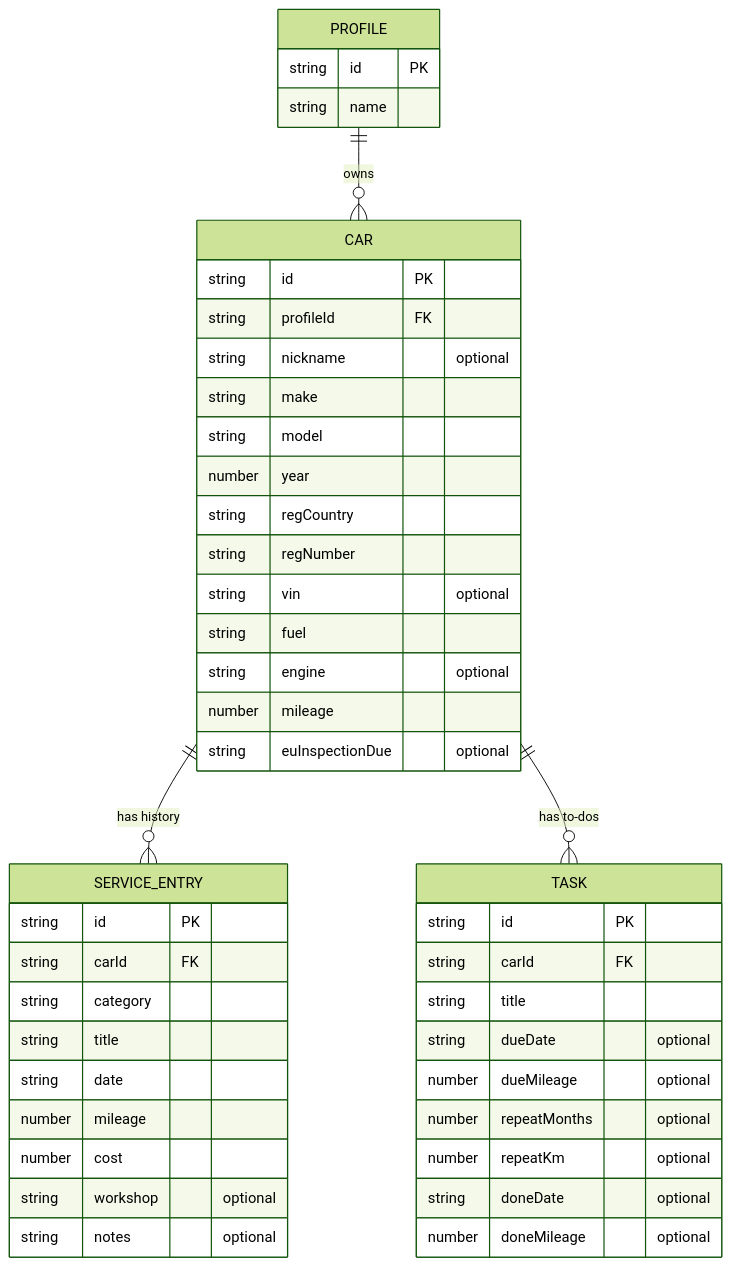
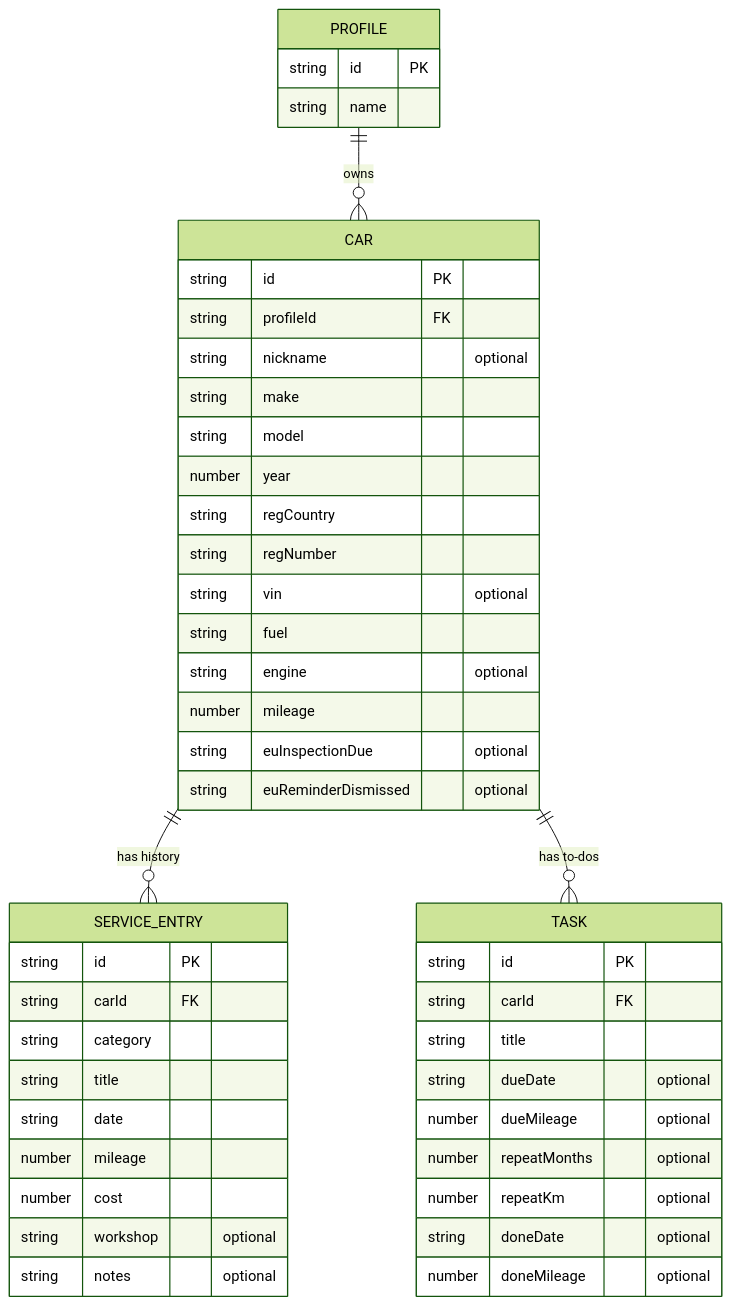
Before and after one commit to motorcatalog/motorcatalog: the diagram in docs/design/data-model.md, drawn with Mermaid (forest theme). The commit also changed other lines of this file and 9 other files, not shown here.

````diff
--- a/docs/design/data-model.md
+++ b/docs/design/data-model.md
@@ -26,47 +26,48 @@
 ```mermaid
 erDiagram
   PROFILE ||--o{ CAR : owns
   CAR ||--o{ SERVICE_ENTRY : "has history"
   CAR ||--o{ TASK : "has to-dos"
   PROFILE {
     string id PK
     string name
   }
   CAR {
     string id PK
     string profileId FK
     string nickname "optional"
     string make
     string model
     number year
     string regCountry
     string regNumber
     string vin "optional"
     string fuel
     string engine "optional"
     number mileage
     string euInspectionDue "optional"
+    string euReminderDismissed "optional"
   }
   SERVICE_ENTRY {
     string id PK
     string carId FK
     string category
     string title
     string date
     number mileage
     number cost
     string workshop "optional"
     string notes "optional"
   }
   TASK {
     string id PK
     string carId FK
     string title
     string dueDate "optional"
     number dueMileage "optional"
     number repeatMonths "optional"
     number repeatKm "optional"
     string doneDate "optional"
     number doneMileage "optional"
   }
 ```
````
